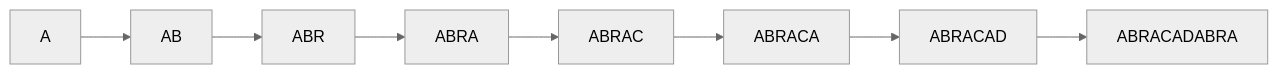
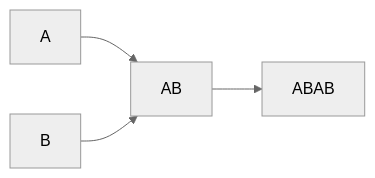
One commit to xnought/asm-index changed the second of 3 diagrams in README.md. Above: the diagram before and after it, drawn with Mermaid (neutral theme). The commit also changed other lines of this file and 1 other file, not shown here.

````diff
--- a/README.md
+++ b/README.md
@@ -20,4 +27,6 @@
 ```mermaid
 graph LR;
-A-->AB-->ABR-->ABRA-->ABRAC-->ABRACA-->ABRACAD-->ABRACADABRA
+A-->AB;
+B-->AB;
+AB-->ABAB;
 ```
````
